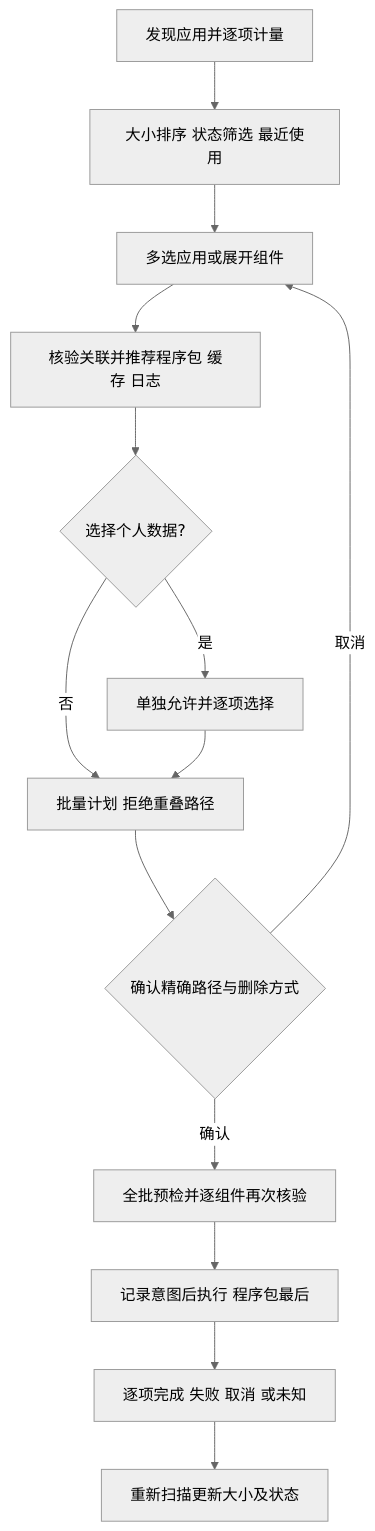
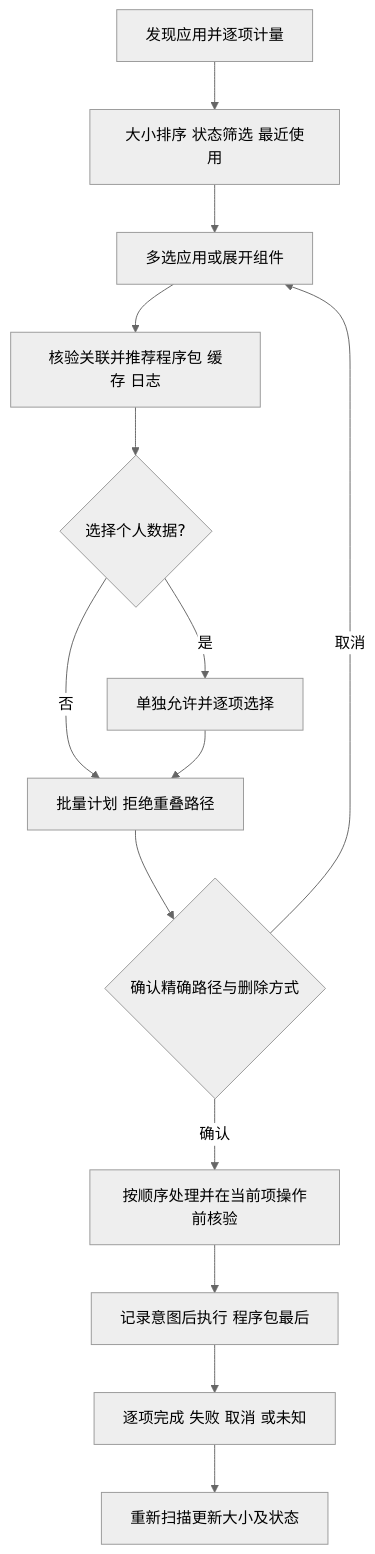
Before and after one commit to limecloud/shou: the ninth of 11 diagrams in docs/zh-CN/product/application-uninstall.md, drawn with Mermaid (neutral theme). The commit also changed other lines of this file and 162 other files, not shown here.

````diff
--- a/docs/zh-CN/product/application-uninstall.md
+++ b/docs/zh-CN/product/application-uninstall.md
@@ -288,16 +290,16 @@
 ```mermaid
 flowchart TD
   Scan[发现应用并逐项计量] --> List[大小排序 状态筛选 最近使用]
   List --> Select[多选应用或展开组件]
   Select --> Review[核验关联并推荐程序包 缓存 日志]
   Review --> Data{选择个人数据?}
   Data -->|是| Consent[单独允许并逐项选择]
   Data -->|否| Plan[批量计划 拒绝重叠路径]
   Consent --> Plan
   Plan --> Confirm{确认精确路径与删除方式}
   Confirm -->|取消| Select
-  Confirm -->|确认| Recheck[全批预检并逐组件再次核验]
+  Confirm -->|确认| Recheck[按顺序处理并在当前项操作前核验]
   Recheck --> Run[记录意图后执行 程序包最后]
   Run --> Result[逐项完成 失败 取消 或未知]
   Result --> Refresh[重新扫描更新大小及状态]
 ```
````
